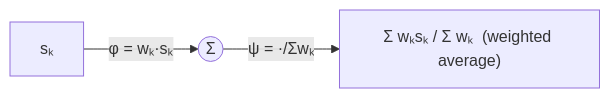
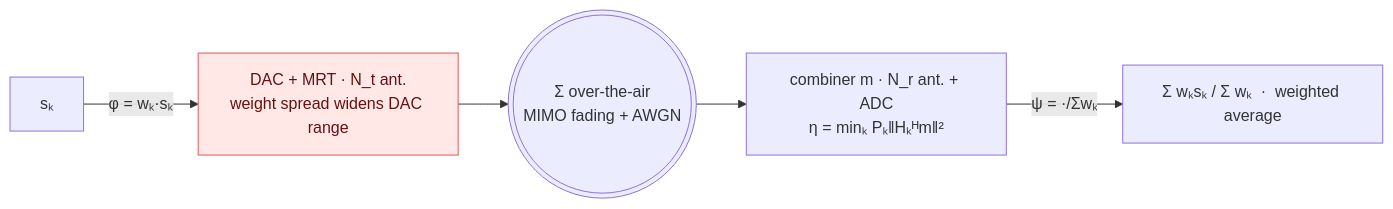
One commit to wincle626/OverAirCompute changed the fifth of 13 diagrams in README.md. Above: the diagram before and after it, drawn with Mermaid. The commit also changed other lines of this file, not shown here.

````diff
--- a/README.md
+++ b/README.md
@@ -274,4 +292,9 @@
 ```mermaid
 flowchart LR
-    a["sₖ"] -->|"φ = wₖ·sₖ"| S(("Σ")) -->|"ψ = ·/Σwₖ"| r["Σ wₖsₖ / Σ wₖ  (weighted average)"]
+    s["sₖ"] -->|"φ = wₖ·sₖ"| tx["DAC + MRT · N_t ant.<br/>weight spread widens DAC range"]
+    tx --> air((("Σ over-the-air<br/>MIMO fading + AWGN")))
+    air --> rx["combiner m · N_r ant. + ADC<br/>η = minₖ Pₖ‖Hₖᴴm‖²"]
+    rx -->|"ψ = ·/Σwₖ"| r["Σ wₖsₖ / Σ wₖ  ·  weighted average"]
+    classDef hot fill:#ffe8e6,stroke:#E15759,color:#611;
+    class tx hot;
 ```
````
